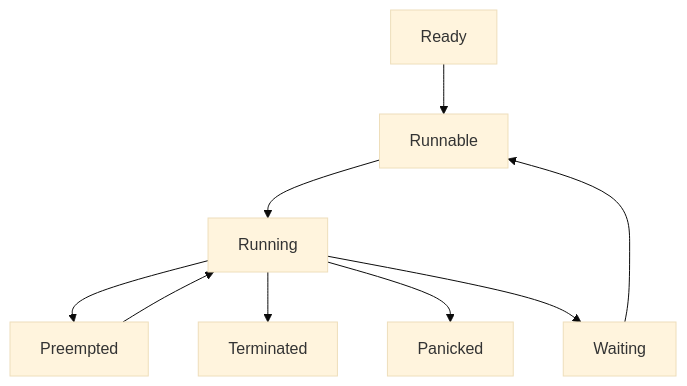
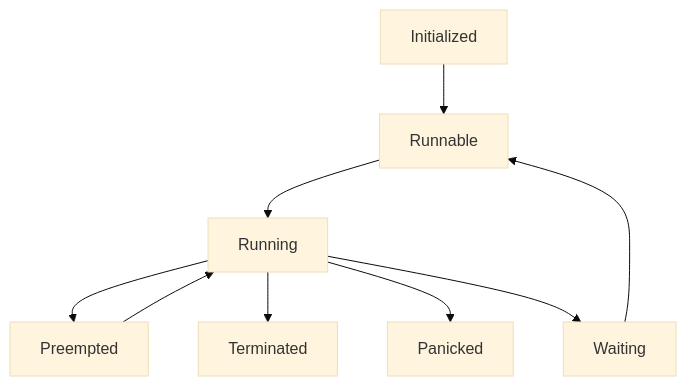
Before and after one commit to tier4/awkernel: the diagram in specification/awkernel_async_lib/src/task/cooperative/README.md, drawn with Mermaid (base theme). The commit also changed other lines of this file and 7 other files, not shown here.

First line of the commit message:
fix: Renaming the Task State (Ready to Initialized) (#661)

````diff
--- a/specification/awkernel_async_lib/src/task/cooperative/README.md
+++ b/specification/awkernel_async_lib/src/task/cooperative/README.md
@@ -98,8 +98,8 @@
 ```mermaid
 graph TD;
-    Ready-->Runnable;
+    Initialized-->Runnable;
     Running-->Preempted-->Running;
     Running-->Terminated;
     Running-->Panicked;
     Running-->Waiting-->Runnable-->Running;
 ```
````
